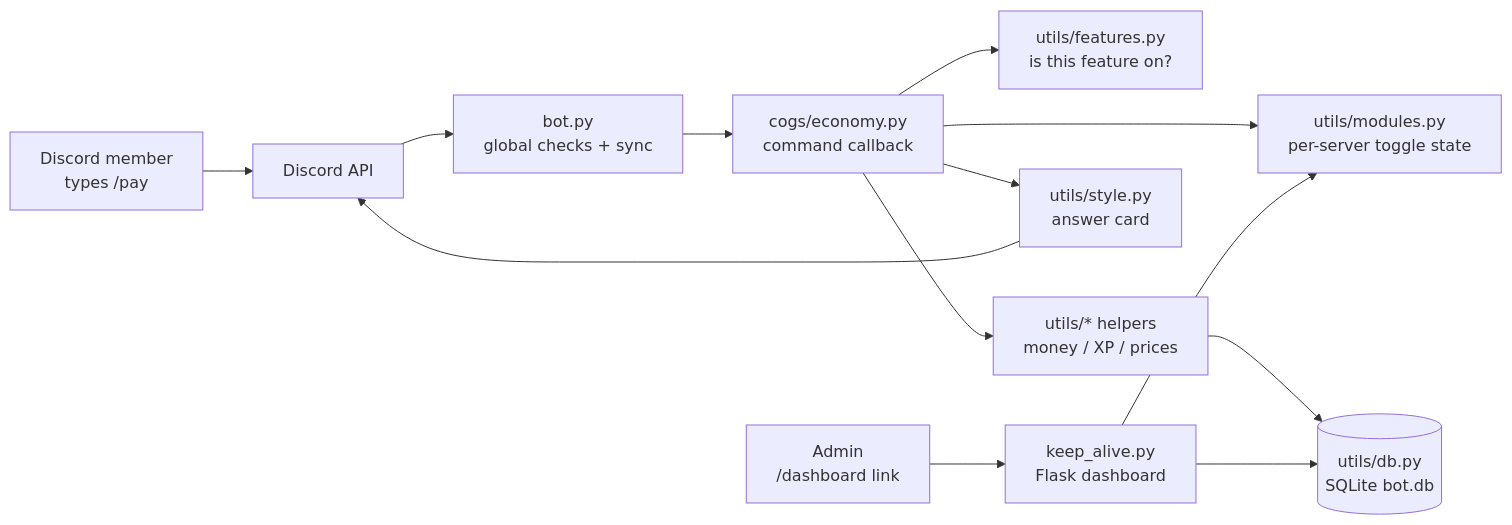
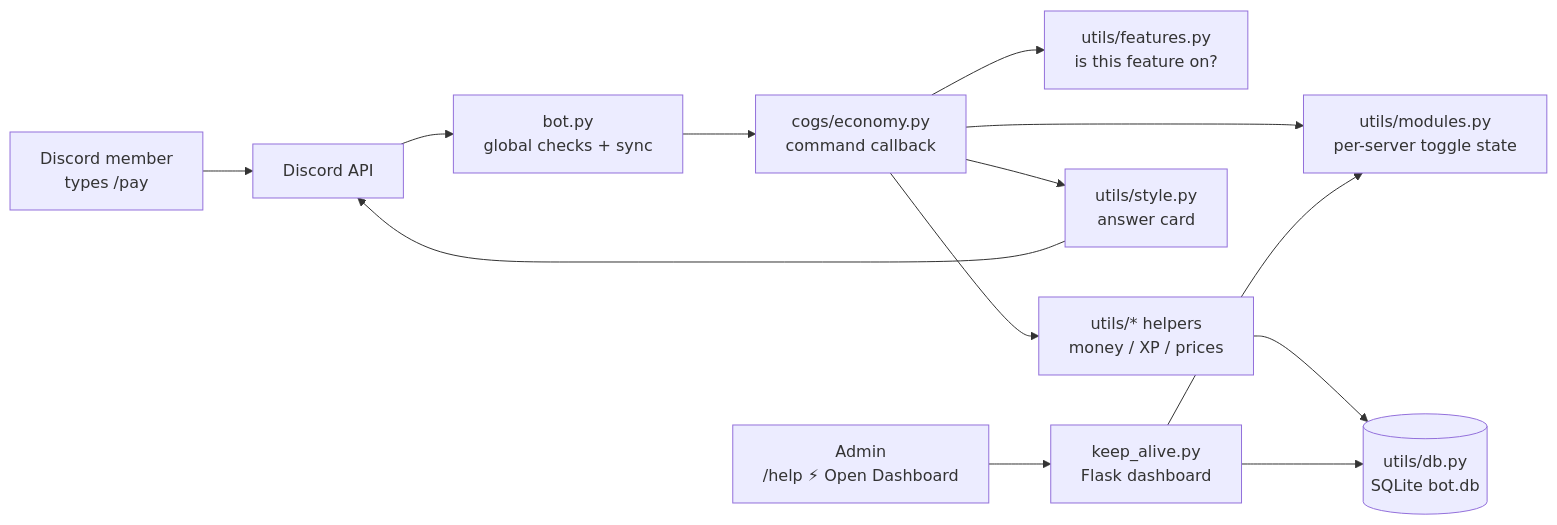
Before and after one commit to 1tsRajuWu/Meoww: the diagram in docs/architecture.md, drawn with Mermaid. The commit also changed other lines of this file and 39 other files, not shown here.

````diff
--- a/docs/architecture.md
+++ b/docs/architecture.md
@@ -8,15 +8,15 @@
 ```mermaid
 flowchart LR
     U[Discord member<br/>types /pay] --> D[Discord API]
     D --> B[bot.py<br/>global checks + sync]
     B --> C[cogs/economy.py<br/>command callback]
     C --> F[utils/features.py<br/>is this feature on?]
     C --> M[utils/modules.py<br/>per-server toggle state]
     C --> H[utils/* helpers<br/>money / XP / prices]
     H --> DB[(utils/db.py<br/>SQLite bot.db)]
     C --> S[utils/style.py<br/>answer card]
     S --> D
-    A[Admin<br/>/dashboard link] --> K[keep_alive.py<br/>Flask dashboard]
+    A[Admin<br/>/help ⚡ Open Dashboard] --> K[keep_alive.py<br/>Flask dashboard]
     K --> M
     K --> DB
 ```
````
